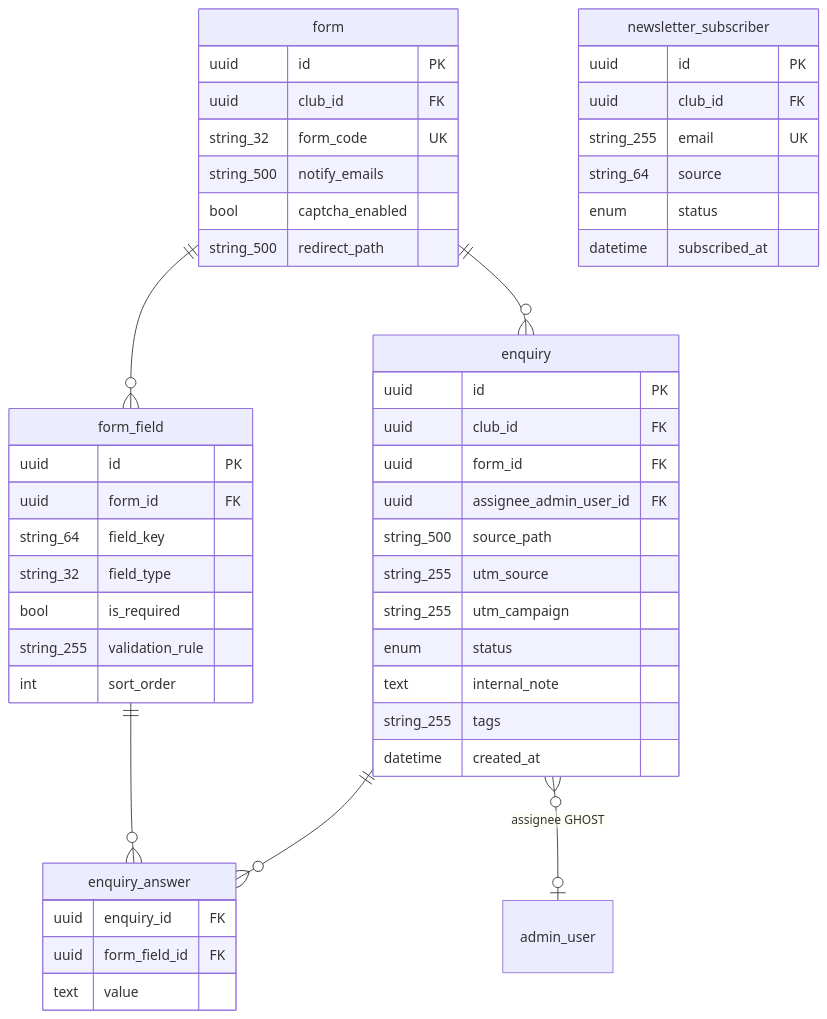
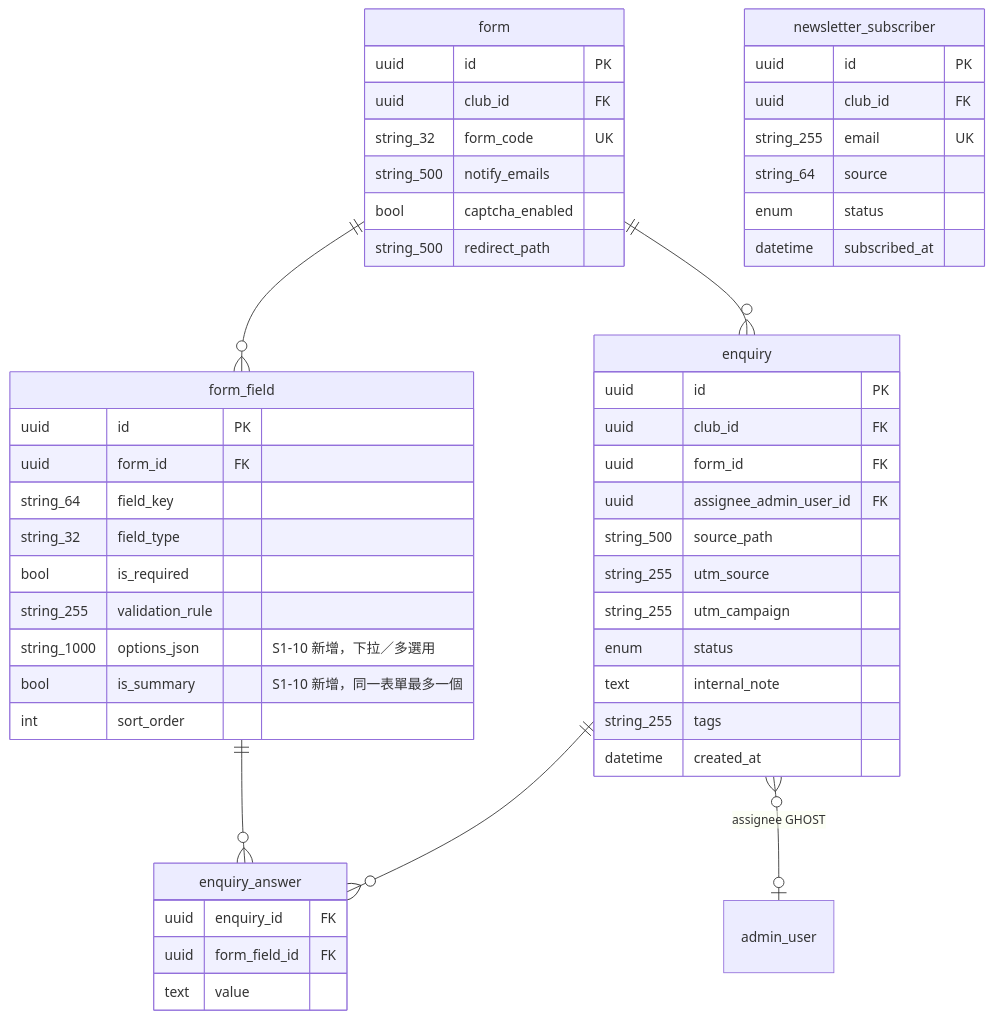
One commit to waiting0201/tcrfc changed the sixth of 16 diagrams in docs/12a-database-erd.md. Above: the diagram before and after it, drawn with Mermaid. The commit also changed 40 other files, not shown here.

````diff
--- a/docs/12a-database-erd.md
+++ b/docs/12a-database-erd.md
@@ -505,51 +505,53 @@
 ```mermaid
 erDiagram
   form ||--o{ form_field : ""
   form ||--o{ enquiry : ""
   enquiry ||--o{ enquiry_answer : ""
   form_field ||--o{ enquiry_answer : ""
   enquiry }o--o| admin_user : "assignee GHOST"
   form {
     uuid id PK
     uuid club_id FK
     string_32 form_code UK
     string_500 notify_emails
     bool captcha_enabled
     string_500 redirect_path
   }
   form_field {
     uuid id PK
     uuid form_id FK
     string_64 field_key
     string_32 field_type
     bool is_required
     string_255 validation_rule
+    string_1000 options_json "S1-10 新增，下拉／多選用"
+    bool is_summary "S1-10 新增，同一表單最多一個"
     int sort_order
   }
   enquiry {
     uuid id PK
     uuid club_id FK
     uuid form_id FK
     uuid assignee_admin_user_id FK
     string_500 source_path
     string_255 utm_source
     string_255 utm_campaign
     enum status
     text internal_note
     string_255 tags
     datetime created_at
   }
   enquiry_answer {
     uuid enquiry_id FK
     uuid form_field_id FK
     text value
   }
   newsletter_subscriber {
     uuid id PK
     uuid club_id FK
     string_255 email UK
     string_64 source
     enum status
     datetime subscribed_at
   }
 ```
````
